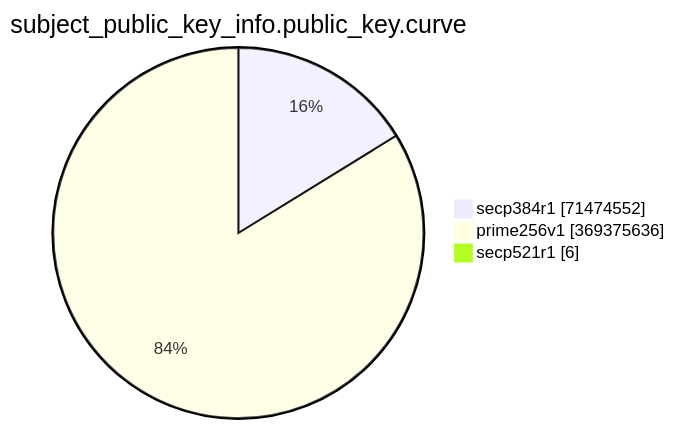
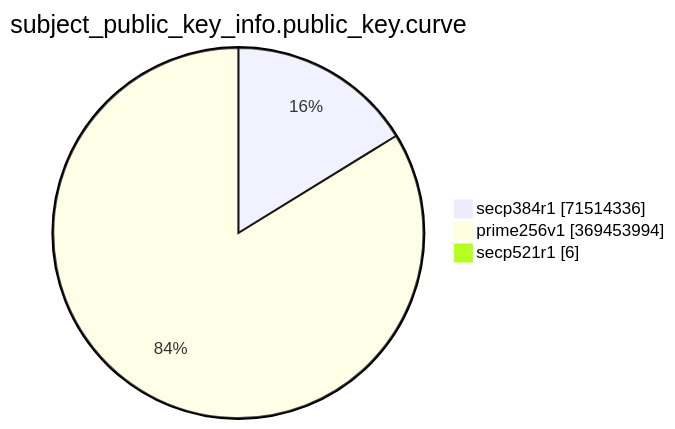
Before and after one commit to christiankrug/ctmonitor_visualization: the eighth of 15 diagrams in TOTAL/README.md, drawn with Mermaid. The commit also changed other lines of this file, not shown here.

````diff
--- a/TOTAL/README.md
+++ b/TOTAL/README.md
@@ -3092,7 +3092,7 @@
 ```mermaid
 pie showData
 title subject_public_key_info.public_key.curve
-"secp384r1" :71474552
-"prime256v1" :369375636
+"secp384r1" :71514336
+"prime256v1" :369453994
 "secp521r1" :6
 ```
````
